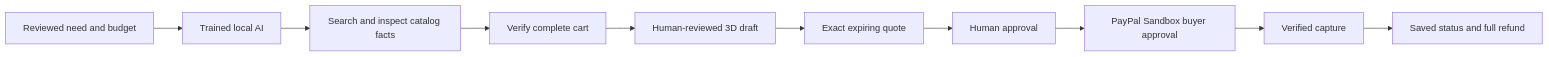
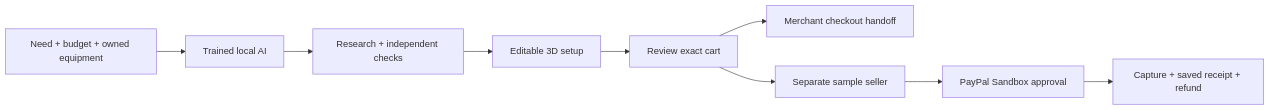
The diagram in README.md (usmanmohammed2306/IntentCart), drawn with Mermaid before and after one commit. The commit also changed other lines of this file and 72 other files, not shown here.

Commit message:
release: publish reviewed setup engineer and streamline the project

````diff
--- a/README.md
+++ b/README.md
@@ -33,12 +27,11 @@
 ```mermaid
 flowchart LR
-    G[Reviewed need and budget] --> A[Trained local AI]
-    A --> T[Search and inspect catalog facts]
-    T --> V[Verify complete cart]
-    V --> D[Human-reviewed 3D draft]
-    D --> Q[Exact expiring quote]
-    Q --> H[Human approval]
-    H --> P[PayPal Sandbox buyer approval]
-    P --> C[Verified capture]
-    C --> R[Saved status and full refund]
+  A[Need + budget + owned equipment] --> B[Trained local AI]
+  B --> C[Research + independent checks]
+  C --> D[Editable 3D setup]
+  D --> E[Review exact cart]
+  E --> F[Merchant checkout handoff]
+  E --> G[Separate sample seller]
+  G --> H[PayPal Sandbox approval]
+  H --> I[Capture + saved receipt + refund]
 ```
````
